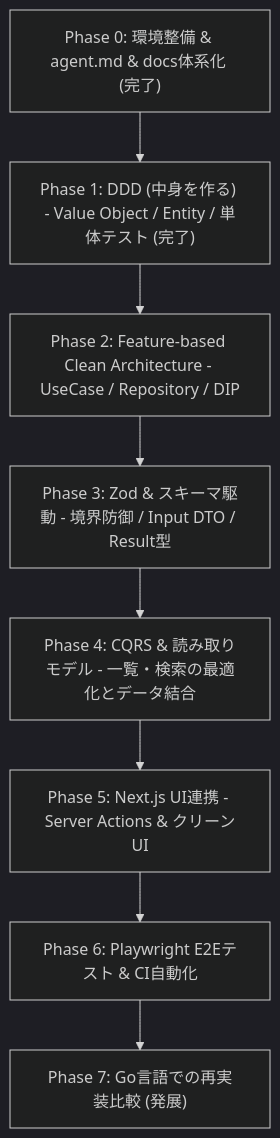
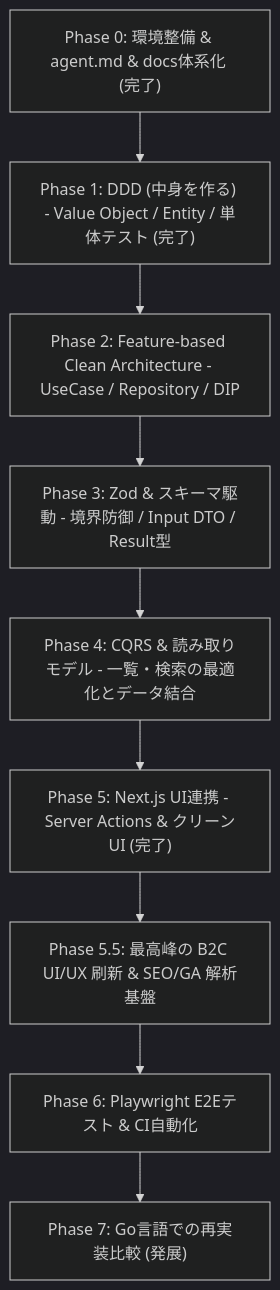
Before and after one commit to aracxk/ai-note-market: the diagram in docs/00-meta/roadmap.md, drawn with Mermaid (dark theme). The commit also changed other lines of this file and 2 other files, not shown here.

Commit message:
fix(ui): Server Actions の Result エラーハンドリング修正 (Subagent Review)

````diff
--- a/docs/00-meta/roadmap.md
+++ b/docs/00-meta/roadmap.md
@@ -5,13 +5,14 @@
 ```mermaid
 flowchart TD
     Phase0["Phase 0: 環境整備 & agent.md & docs体系化 (完了)"]
     Phase1["Phase 1: DDD (中身を作る) - Value Object / Entity / 単体テスト (完了)"]
     Phase2["Phase 2: Feature-based Clean Architecture - UseCase / Repository / DIP"]
     Phase3["Phase 3: Zod & スキーマ駆動 - 境界防御 / Input DTO / Result型"]
     Phase4["Phase 4: CQRS & 読み取りモデル - 一覧・検索の最適化とデータ結合"]
-    Phase5["Phase 5: Next.js UI連携 - Server Actions & クリーンUI"]
+    Phase5["Phase 5: Next.js UI連携 - Server Actions & クリーンUI (完了)"]
+    Phase5_5["Phase 5.5: 最高峰の B2C UI/UX 刷新 & SEO/GA 解析基盤"]
     Phase6["Phase 6: Playwright E2Eテスト & CI自動化"]
     Phase7["Phase 7: Go言語での再実装比較 (発展)"]
 
-    Phase0 --> Phase1 --> Phase2 --> Phase3 --> Phase4 --> Phase5 --> Phase6 --> Phase7
+    Phase0 --> Phase1 --> Phase2 --> Phase3 --> Phase4 --> Phase5 --> Phase5_5 --> Phase6 --> Phase7
 ```
````
